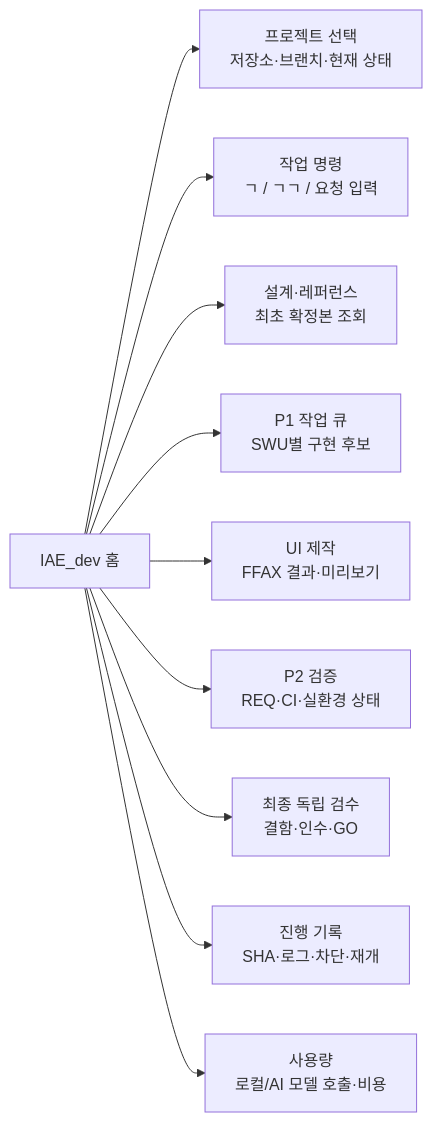
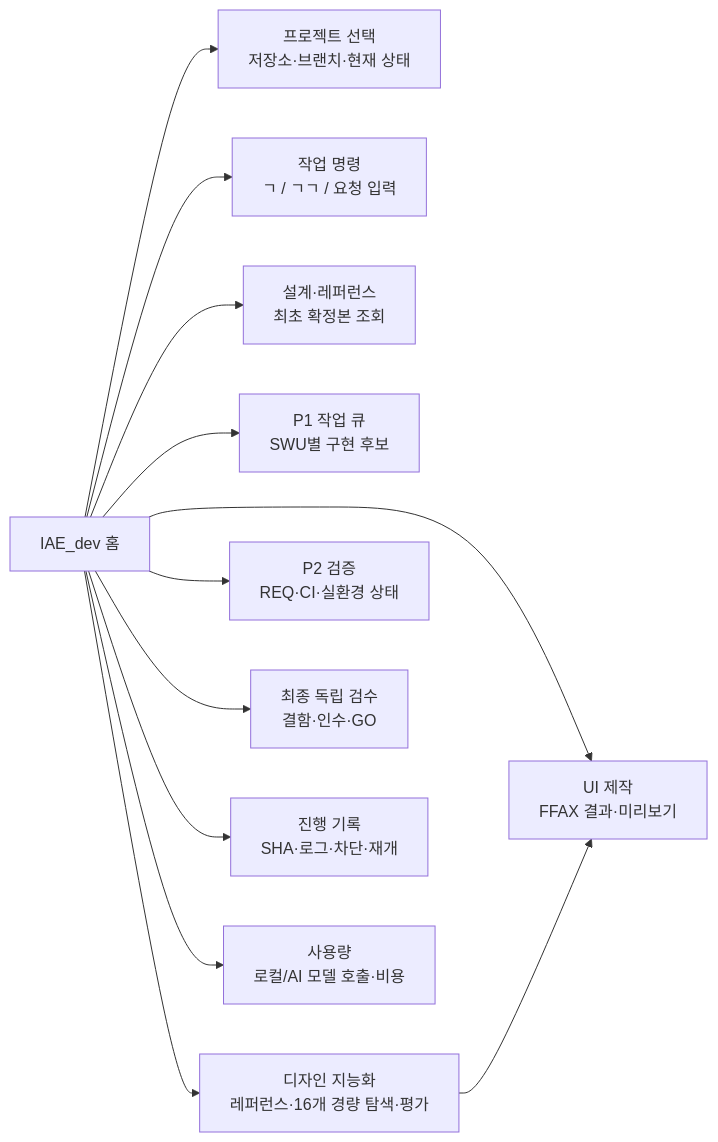
One commit to hibi89/hackathon-command-center-2026 changed the third of 6 diagrams in docs/strategy/IAE_DEV_FIRST_WORK_ECOSYSTEM_TARGET_20261119.md. Above: the diagram before and after it, drawn with Mermaid. The commit also changed other lines of this file, not shown here.

Commit message:
docs(iae-dev): add reference-first design intelligence and evidence-bounded fidelity target

````diff
--- a/docs/strategy/IAE_DEV_FIRST_WORK_ECOSYSTEM_TARGET_20261119.md
+++ b/docs/strategy/IAE_DEV_FIRST_WORK_ECOSYSTEM_TARGET_20261119.md
@@ -77,13 +80,15 @@
 ```mermaid
 flowchart LR
   HOME["IAE_dev 홈"]
   HOME --> PROJ["프로젝트 선택<br/>저장소·브랜치·현재 상태"]
   HOME --> INBOX["작업 명령<br/>ㄱ / ㄱㄱ / 요청 입력"]
   HOME --> PLAN["설계·레퍼런스<br/>최초 확정본 조회"]
   HOME --> WORK["P1 작업 큐<br/>SWU별 구현 후보"]
   HOME --> DESIGN["UI 제작<br/>FFAX 결과·미리보기"]
+  HOME --> LIBRARY["디자인 지능화<br/>레퍼런스·16개 경량 탐색·평가"]
+  LIBRARY --> DESIGN
   HOME --> QA["P2 검증<br/>REQ·CI·실환경 상태"]
   HOME --> AUDIT["최종 독립 검수<br/>결함·인수·GO"]
   HOME --> LOG["진행 기록<br/>SHA·로그·차단·재개"]
   HOME --> USAGE["사용량<br/>로컬/AI 모델 호출·비용"]
 ```
````
